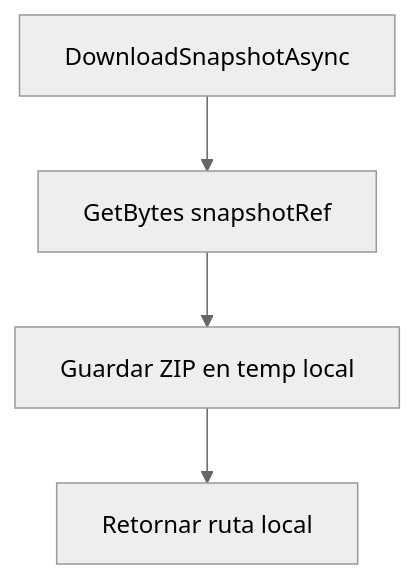
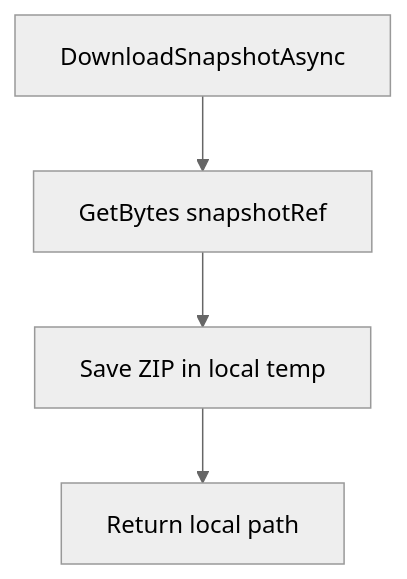
The second of 2 diagrams in src/Storage/README.md (fnandoth/mcsync), drawn with Mermaid (neutral theme) before and after one commit. The commit also changed other lines of this file and 14 other files, not shown here.

````diff
--- a/src/Storage/README.md
+++ b/src/Storage/README.md
@@ -30,6 +31,6 @@
 ```mermaid
 flowchart TD
     A[DownloadSnapshotAsync] --> B[GetBytes snapshotRef]
-    B --> C[Guardar ZIP en temp local]
-    C --> D[Retornar ruta local]
+    B --> C[Save ZIP in local temp]
+    C --> D[Return local path]
 ```
````
